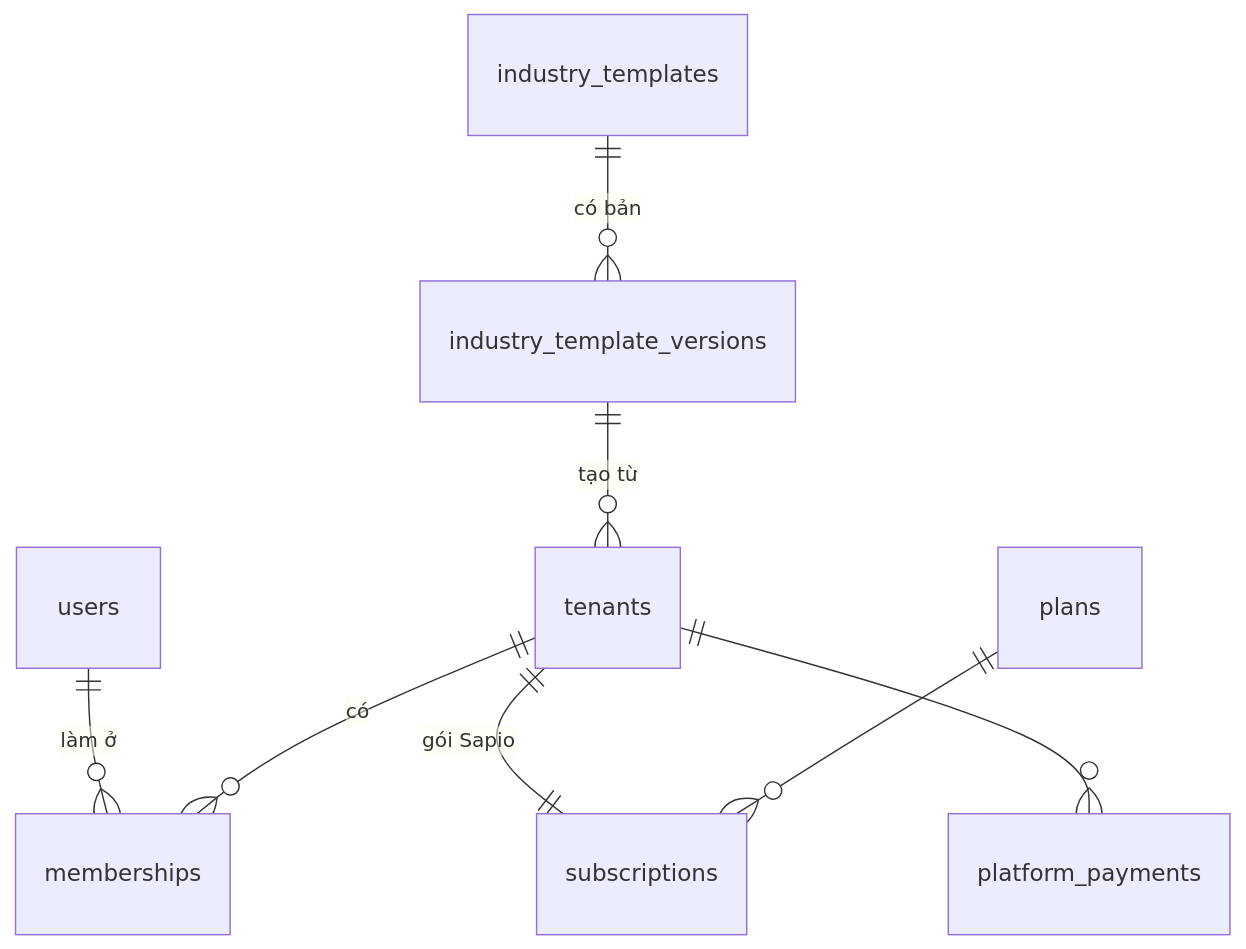
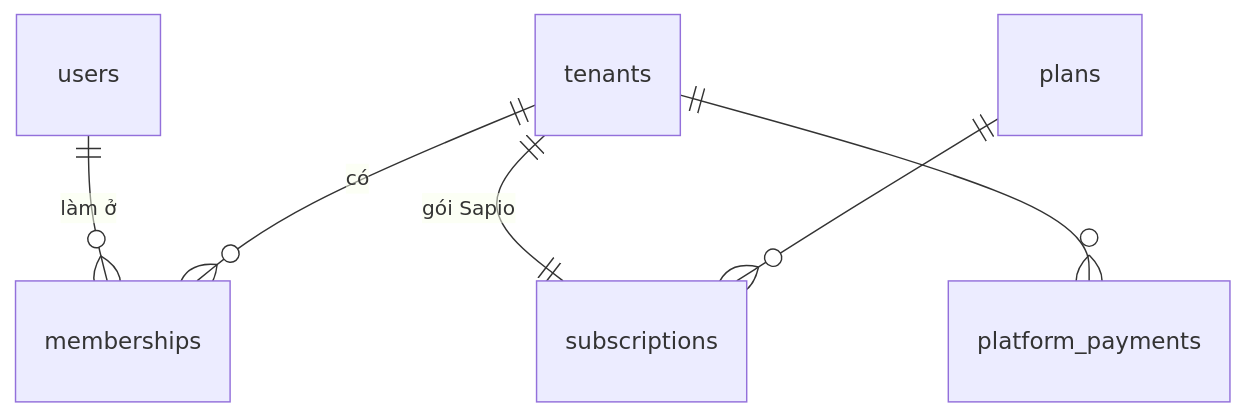
One commit to ngchinhdev/datn-docs changed the first of 3 diagrams in content/docs/architecture/erd.md. Above: the diagram before and after it, drawn with Mermaid. The commit also changed other lines of this file and 23 other files, not shown here.

````diff
--- a/content/docs/architecture/erd.md
+++ b/content/docs/architecture/erd.md
@@ -49,10 +47,8 @@
 ```mermaid
 erDiagram
   users ||--o{ memberships : "làm ở"
   tenants ||--o{ memberships : "có"
-  industry_templates ||--o{ industry_template_versions : "có bản"
-  industry_template_versions ||--o{ tenants : "tạo từ"
   tenants ||--|| subscriptions : "gói Sapio"
   plans ||--o{ subscriptions : ""
   tenants ||--o{ platform_payments : ""
 ```
````
